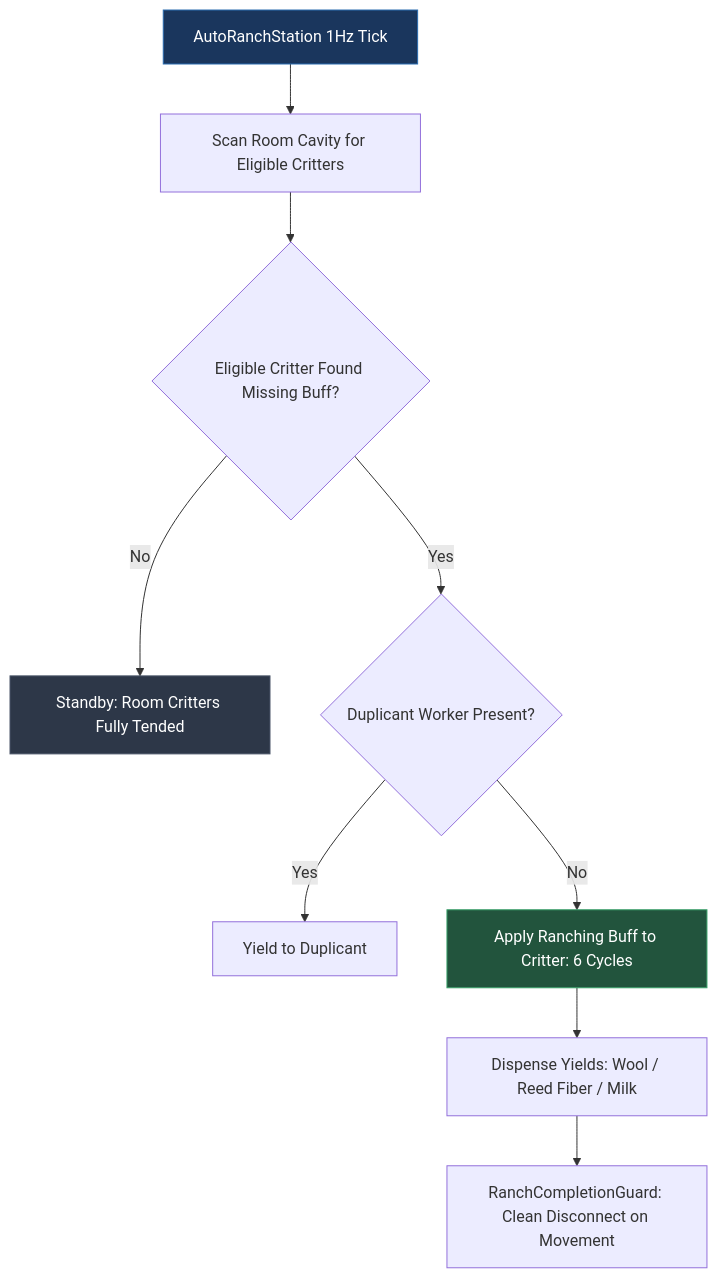
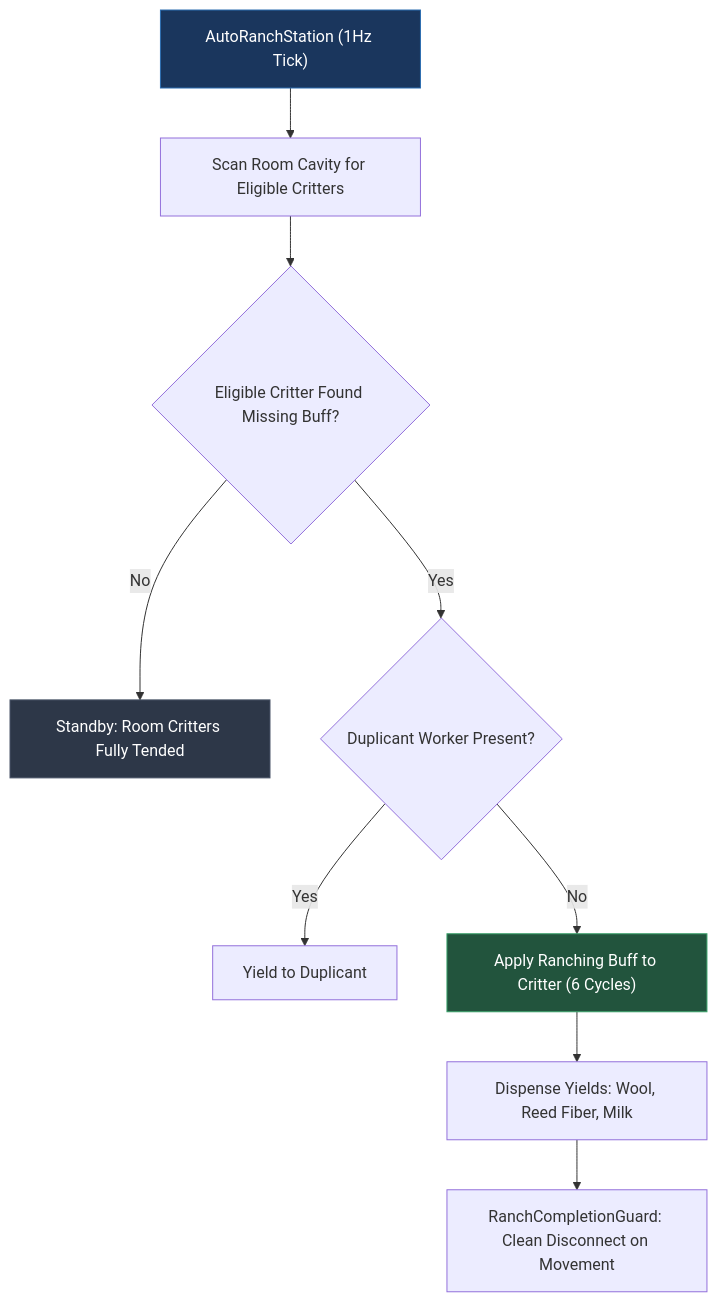
The fourth of 5 diagrams in wiki/Automated-Buildings-Logic.md (Eurekalo/Automatic_Industry), drawn with Mermaid before and after one commit. The commit also changed other lines of this file and 5 other files, not shown here.

Commit message:
docs(wiki): fix Mermaid diagram syntax and quoting for GitHub renderer

````diff
--- a/wiki/Automated-Buildings-Logic.md
+++ b/wiki/Automated-Buildings-Logic.md
@@ -194,15 +194,15 @@
 ```mermaid
 flowchart TD
-    A[AutoRanchStation 1Hz Tick] --> B[Scan Room Cavity for Eligible Critters]
-    B --> C{Eligible Critter Found Missing Buff?}
-    C -->|No| D[Standby: Room Critters Fully Tended]
-    C -->|Yes| E{Duplicant Worker Present?}
-    E -->|Yes| F[Yield to Duplicant]
-    E -->|No| G[Apply Ranching Buff to Critter: 6 Cycles]
-    G --> H[Dispense Yields: Wool / Reed Fiber / Milk]
-    H --> I[RanchCompletionGuard: Clean Disconnect on Movement]
+    A["AutoRanchStation (1Hz Tick)"] --> B["Scan Room Cavity for Eligible Critters"]
+    B --> C{"Eligible Critter Found Missing Buff?"}
+    C -->|No| D["Standby: Room Critters Fully Tended"]
+    C -->|Yes| E{"Duplicant Worker Present?"}
+    E -->|Yes| F["Yield to Duplicant"]
+    E -->|No| G["Apply Ranching Buff to Critter (6 Cycles)"]
+    G --> H["Dispense Yields: Wool, Reed Fiber, Milk"]
+    H --> I["RanchCompletionGuard: Clean Disconnect on Movement"]
 
     style A fill:#1a365d,stroke:#2b6cb0,color:#fff
     style D fill:#2d3748,stroke:#4a5568,color:#fff
     style G fill:#22543d,stroke:#38a169,color:#fff
 ```
````
